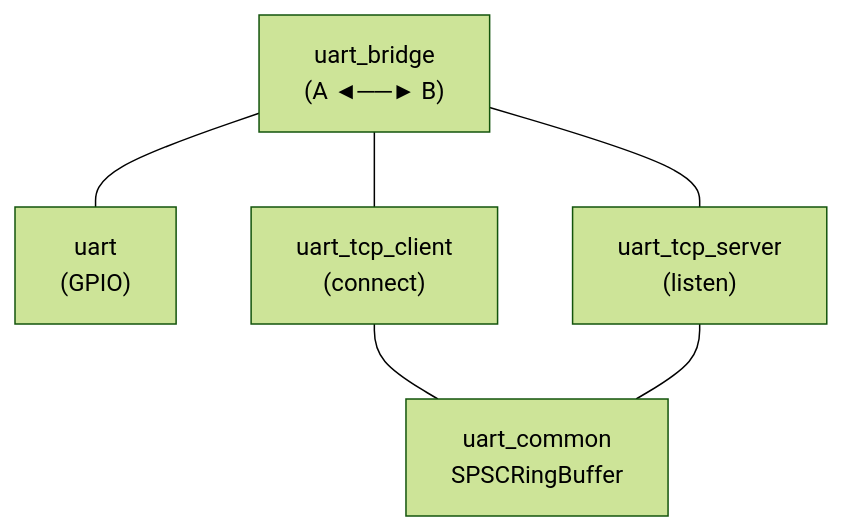
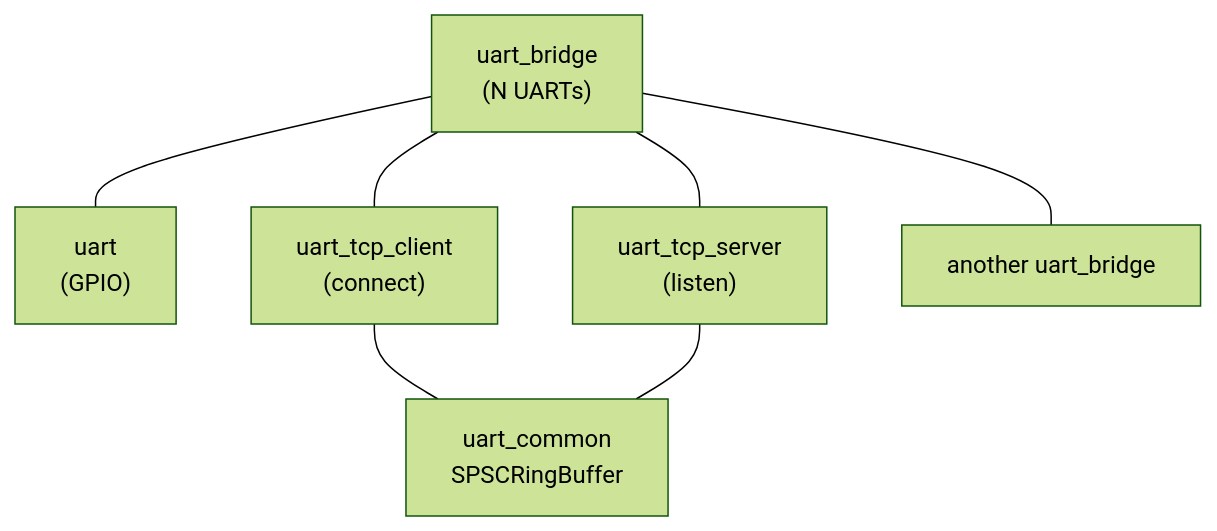
The first of 7 diagrams in README.md (nebulous/esphome-uart-link), drawn with Mermaid (forest theme) before and after one commit. The commit also changed other lines of this file and 6 other files, not shown here.

````diff
--- a/README.md
+++ b/README.md
@@ -17,10 +17,11 @@
 ```mermaid
 graph TD
-    bridge["uart_bridge<br/>(A ◄──► B)"]
+    bridge["uart_bridge<br/>(N UARTs)"]
     bridge --- gpio["uart<br/>(GPIO)"]
     bridge --- tcp_client["uart_tcp_client<br/>(connect)"]
     bridge --- tcp_server["uart_tcp_server<br/>(listen)"]
+    bridge --- bridge2["another uart_bridge"]
 
     tcp_client --- common["uart_common<br/>SPSCRingBuffer"]
     tcp_server --- common
 ```
````
